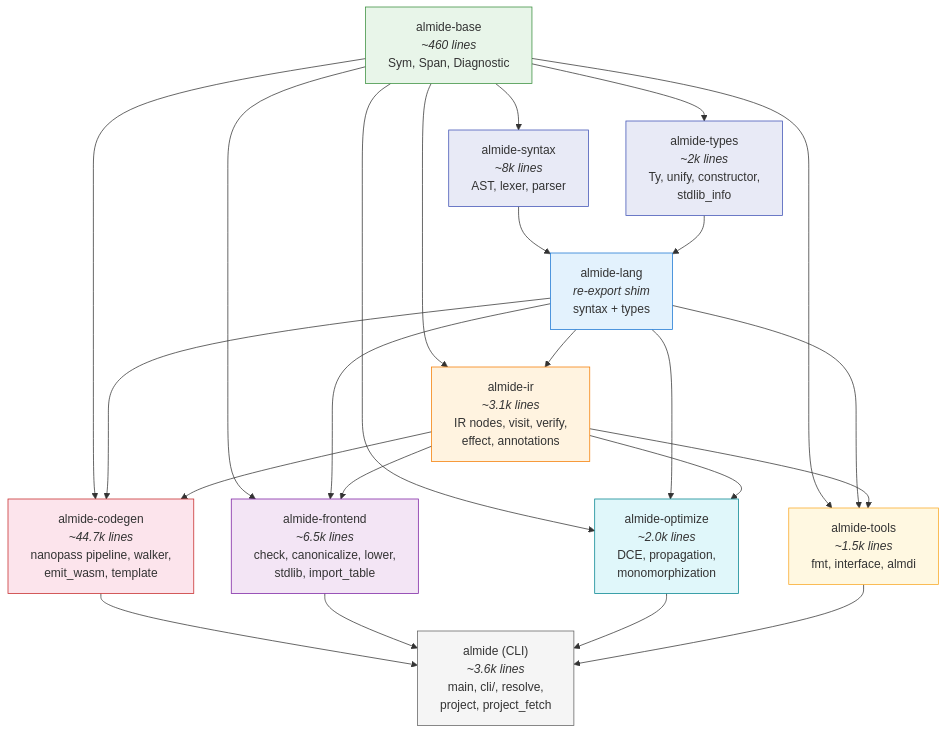
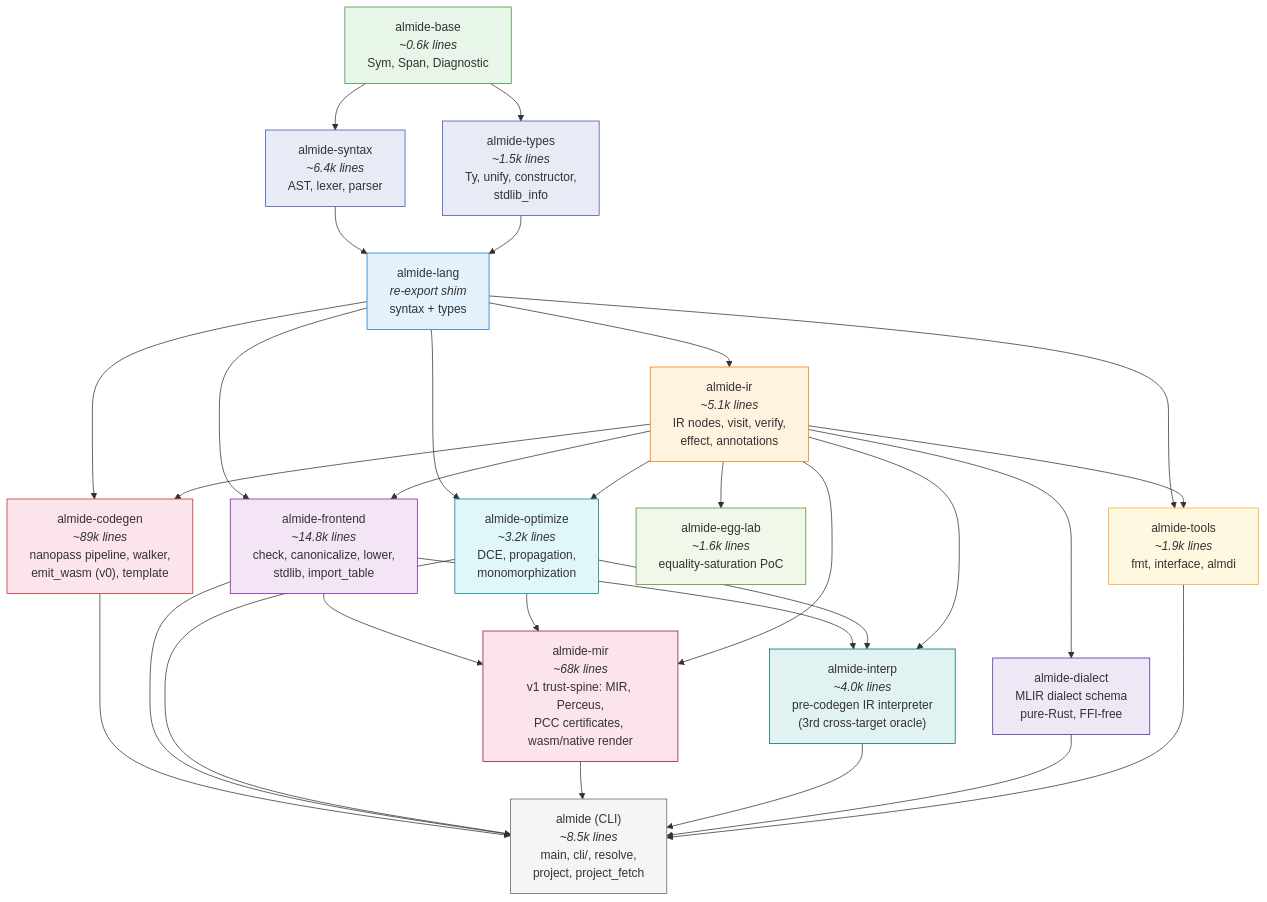
The first of 3 diagrams in crates/README.md (almide/almide), drawn with Mermaid before and after one commit. The commit also changed other lines of this file and 14 other files, not shown here.

````diff
--- a/crates/README.md
+++ b/crates/README.md
@@ -7,47 +7,61 @@
 ```mermaid
 graph TD
-    BASE["almide-base<br/><i>~460 lines</i><br/>Sym, Span, Diagnostic"]
-    SYNTAX["almide-syntax<br/><i>~8k lines</i><br/>AST, lexer, parser"]
-    TYPES["almide-types<br/><i>~2k lines</i><br/>Ty, unify, constructor,<br/>stdlib_info"]
+    BASE["almide-base<br/><i>~0.6k lines</i><br/>Sym, Span, Diagnostic"]
+    SYNTAX["almide-syntax<br/><i>~6.4k lines</i><br/>AST, lexer, parser"]
+    TYPES["almide-types<br/><i>~1.5k lines</i><br/>Ty, unify, constructor,<br/>stdlib_info"]
     LANG["almide-lang<br/><i>re-export shim</i><br/>syntax + types"]
-    IR["almide-ir<br/><i>~3.1k lines</i><br/>IR nodes, visit, verify,<br/>effect, annotations"]
-    CODEGEN["almide-codegen<br/><i>~44.7k lines</i><br/>nanopass pipeline, walker,<br/>emit_wasm, template"]
-    FRONTEND["almide-frontend<br/><i>~6.5k lines</i><br/>check, canonicalize, lower,<br/>stdlib, import_table"]
-    OPTIMIZE["almide-optimize<br/><i>~2.0k lines</i><br/>DCE, propagation,<br/>monomorphization"]
-    TOOLS["almide-tools<br/><i>~1.5k lines</i><br/>fmt, interface, almdi"]
-    CLI["almide (CLI)<br/><i>~3.6k lines</i><br/>main, cli/, resolve,<br/>project, project_fetch"]
+    IR["almide-ir<br/><i>~5.1k lines</i><br/>IR nodes, visit, verify,<br/>effect, annotations"]
+    CODEGEN["almide-codegen<br/><i>~89k lines</i><br/>nanopass pipeline, walker,<br/>emit_wasm (v0), template"]
+    FRONTEND["almide-frontend<br/><i>~14.8k lines</i><br/>check, canonicalize, lower,<br/>stdlib, import_table"]
+    OPTIMIZE["almide-optimize<br/><i>~3.2k lines</i><br/>DCE, propagation,<br/>monomorphization"]
+    MIR["almide-mir<br/><i>~68k lines</i><br/>v1 trust-spine: MIR, Perceus,<br/>PCC certificates, wasm/native render"]
+    INTERP["almide-interp<br/><i>~4.0k lines</i><br/>pre-codegen IR interpreter<br/>(3rd cross-target oracle)"]
+    DIALECT["almide-dialect<br/>MLIR dialect schema<br/>pure-Rust, FFI-free"]
+    EGG["almide-egg-lab<br/><i>~1.6k lines</i><br/>equality-saturation PoC"]
+    TOOLS["almide-tools<br/><i>~1.9k lines</i><br/>fmt, interface, almdi"]
+    CLI["almide (CLI)<br/><i>~8.5k lines</i><br/>main, cli/, resolve,<br/>project, project_fetch"]
 
     BASE --> SYNTAX
     BASE --> TYPES
     SYNTAX --> LANG
     TYPES --> LANG
-    BASE --> IR
     LANG --> IR
-    BASE --> CODEGEN
     LANG --> CODEGEN
     IR --> CODEGEN
-    BASE --> FRONTEND
     LANG --> FRONTEND
     IR --> FRONTEND
-    BASE --> OPTIMIZE
     LANG --> OPTIMIZE
     IR --> OPTIMIZE
-    BASE --> TOOLS
+    FRONTEND --> MIR
+    OPTIMIZE --> MIR
+    IR --> MIR
+    FRONTEND --> INTERP
+    OPTIMIZE --> INTERP
+    IR --> INTERP
+    IR --> DIALECT
+    IR --> EGG
     LANG --> TOOLS
     IR --> TOOLS
     CODEGEN --> CLI
     FRONTEND --> CLI
     OPTIMIZE --> CLI
+    MIR --> CLI
+    INTERP --> CLI
+    DIALECT --> CLI
     TOOLS --> CLI
 
     style BASE fill:#e8f5e9,stroke:#388e3c
     style SYNTAX fill:#e8eaf6,stroke:#3f51b5
     style TYPES fill:#e8eaf6,stroke:#3f51b5
     style LANG fill:#e3f2fd,stroke:#1976d2
     style IR fill:#fff3e0,stroke:#f57c00
     style CODEGEN fill:#fce4ec,stroke:#c62828
+    style MIR fill:#fce4ec,stroke:#880e4f
+    style INTERP fill:#e0f2f1,stroke:#00695c
+    style DIALECT fill:#ede7f6,stroke:#4527a0
+    style EGG fill:#f1f8e9,stroke:#558b2f
     style FRONTEND fill:#f3e5f5,stroke:#7b1fa2
     style OPTIMIZE fill:#e0f7fa,stroke:#00838f
     style TOOLS fill:#fff8e1,stroke:#f9a825
     style CLI fill:#f5f5f5,stroke:#616161
 ```
````
